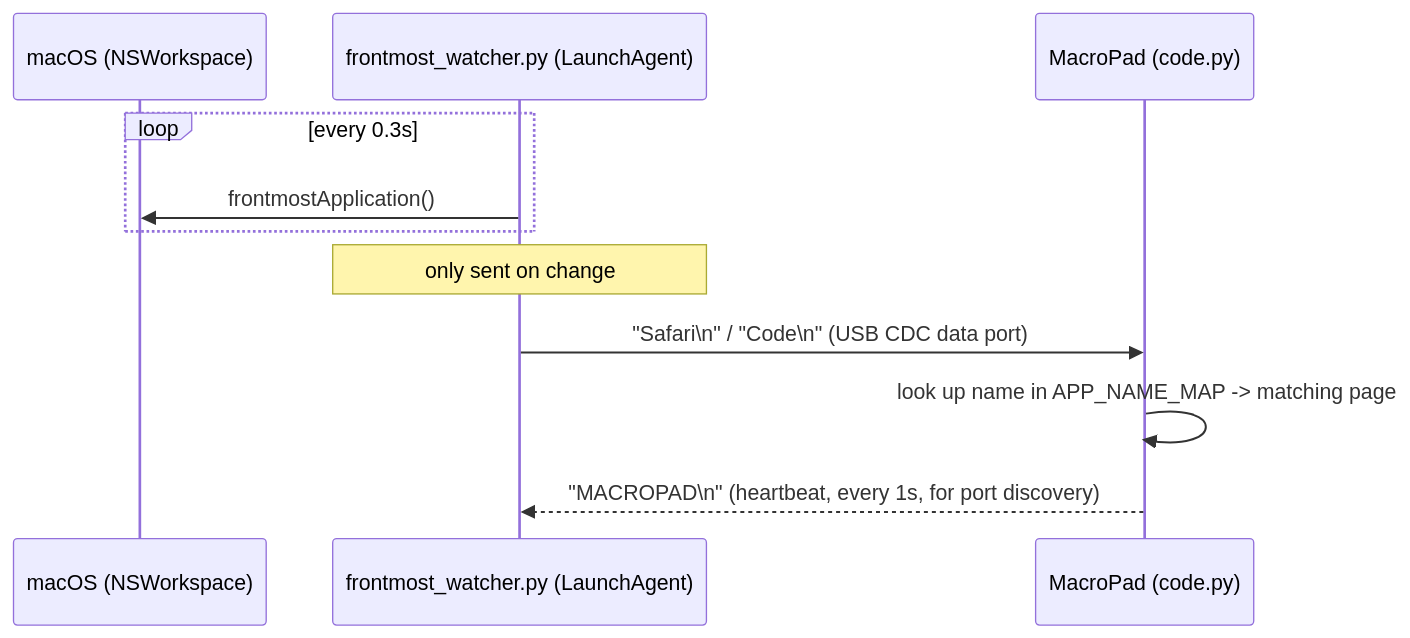
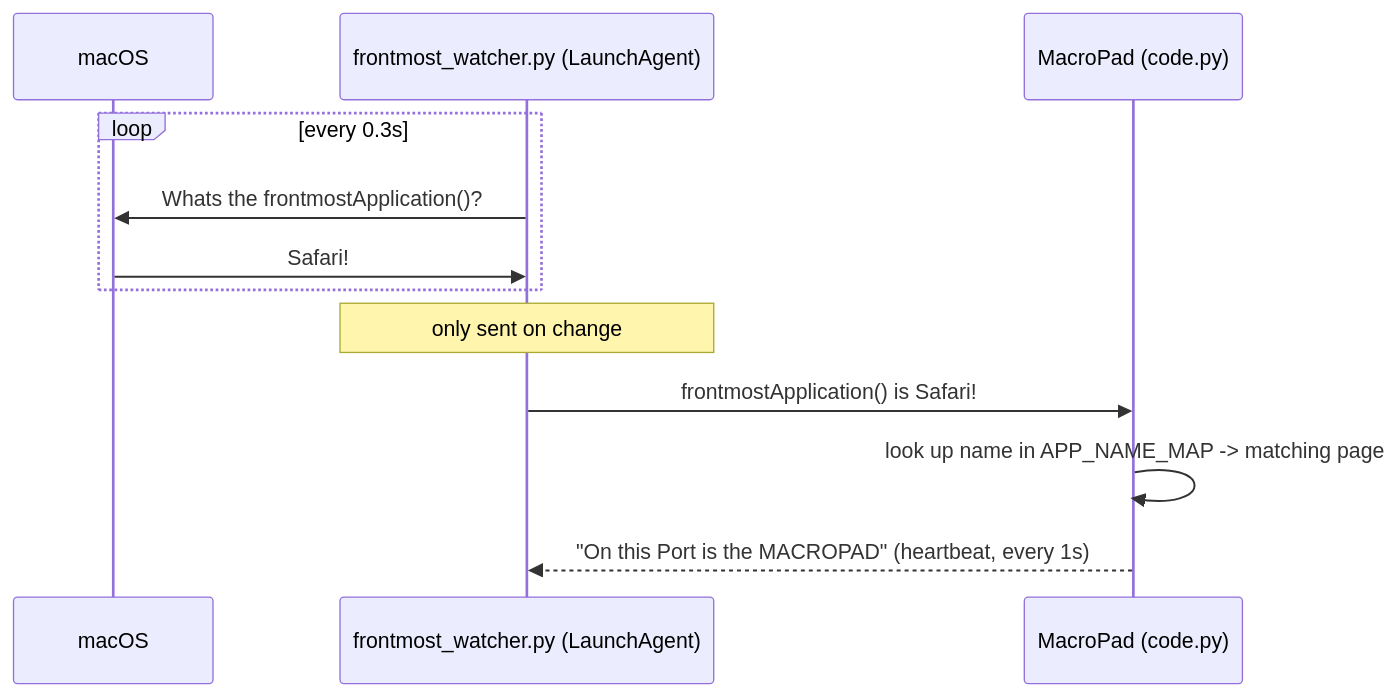
One commit to schnell-auswahl/MacroPad_Frontmost-App-Auto-Switcher changed the diagram in README.md. Above: the diagram before and after it, drawn with Mermaid. The commit also changed other lines of this file, not shown here.

````diff
--- a/README.md
+++ b/README.md
@@ -25,14 +24,16 @@
 ```mermaid
 sequenceDiagram
-    participant macOS as macOS (NSWorkspace)
+    participant macOS as macOS
     participant Host as frontmost_watcher.py (LaunchAgent)
     participant Pad as MacroPad (code.py)
 
     loop every 0.3s
-        Host->>macOS: frontmostApplication()
+        Host->>macOS: Whats the frontmostApplication()?
+        macOS->>Host: Safari!
     end
+    
     Note over Host: only sent on change
-    Host->>Pad: "Safari\n" / "Code\n" (USB CDC data port)
+    Host->>Pad: frontmostApplication() is Safari! 
     Pad->>Pad: look up name in APP_NAME_MAP -> matching page
-    Pad-->>Host: "MACROPAD\n" (heartbeat, every 1s, for port discovery)
+    Pad-->>Host: "On this Port is the MACROPAD" (heartbeat, every 1s)
 ```
````
